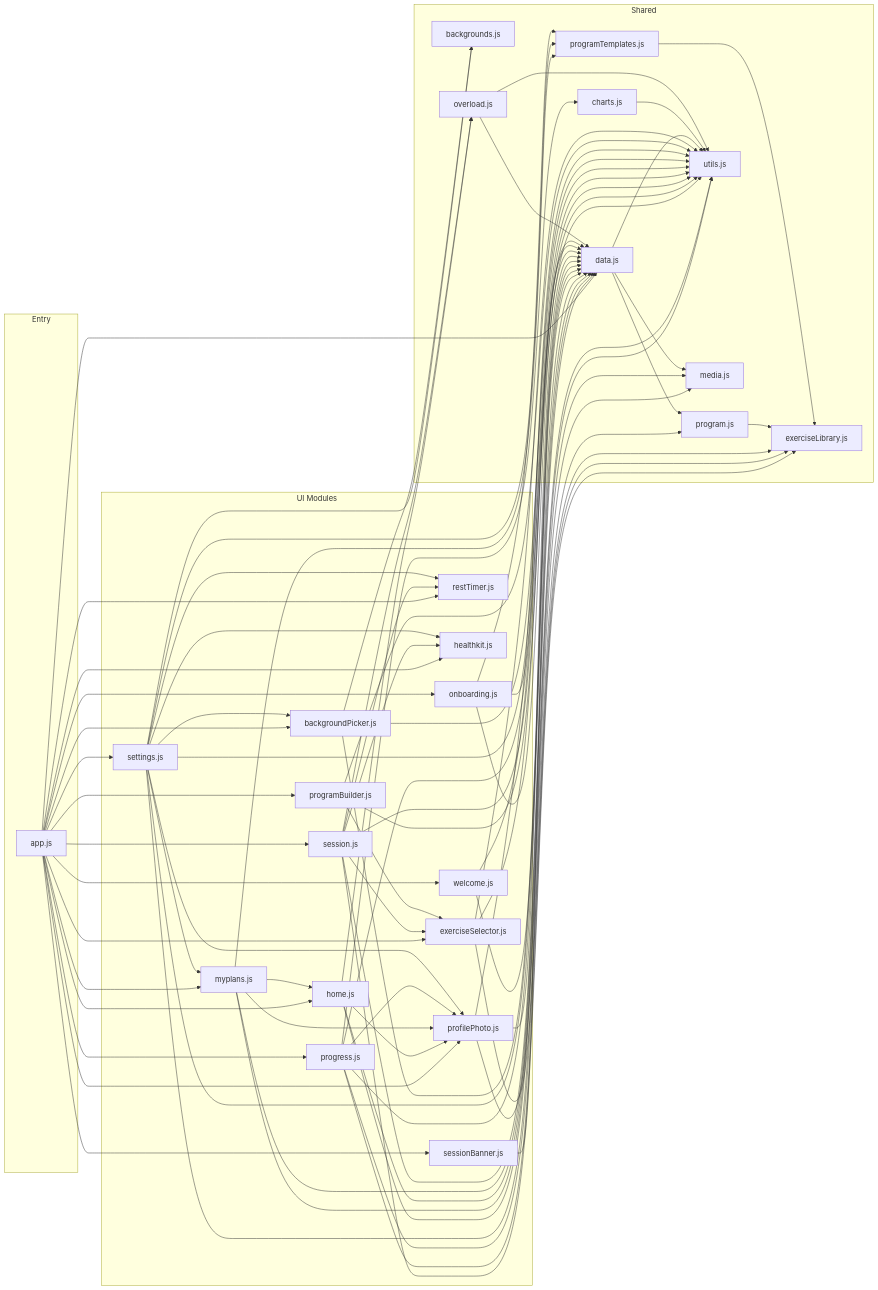
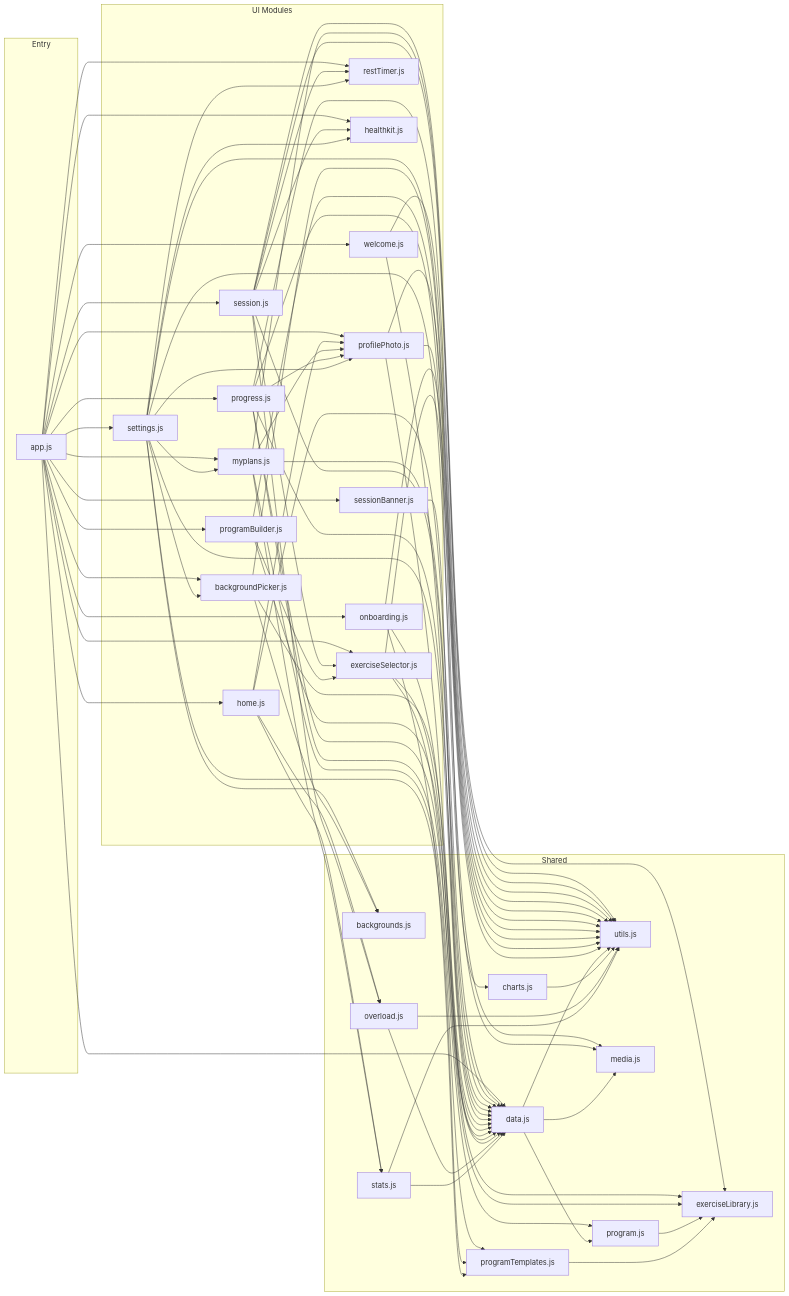
The second of 8 diagrams in ARCHITECTURE.md (reidrussell-alt/plate-log), drawn with Mermaid before and after one commit. The commit also changed other lines of this file and 7 other files, not shown here.

First line of the commit message:
Refactor: move Home stats/rotation logic to stats.js (REFACTOR_PLAN 3.2)

````diff
--- a/ARCHITECTURE.md
+++ b/ARCHITECTURE.md
@@ -122,6 +122,7 @@
         media.js
         backgrounds.js
         overload.js
+        stats.js
     end
 
     app.js --> home.js
@@ -142,10 +143,10 @@
 
     home.js --> data.js
     home.js --> overload.js
-    home.js --> utils.js
+    home.js --> stats.js
 
     myplans.js --> data.js
-    myplans.js --> home.js
+    myplans.js --> stats.js
     myplans.js --> programTemplates.js
     myplans.js --> utils.js
 
@@ -209,4 +210,6 @@
     charts.js --> utils.js
     overload.js --> data.js
     overload.js --> utils.js
+    stats.js --> data.js
+    stats.js --> utils.js
 ```
````
